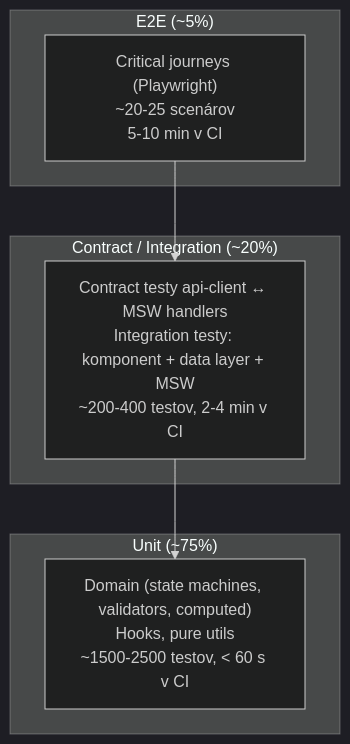
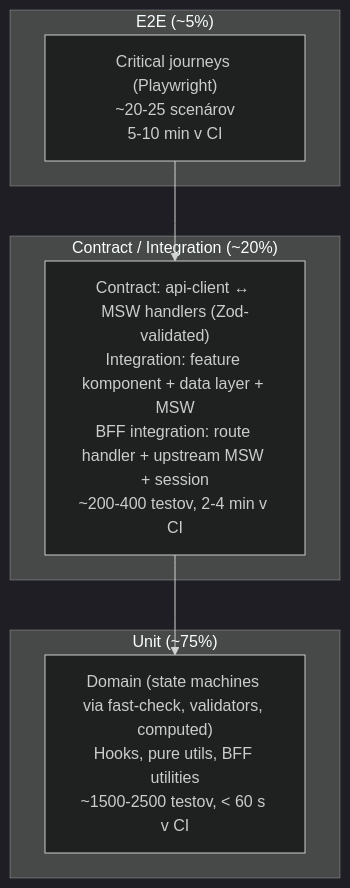
The first of 3 diagrams in docs/agents/qa-test-strategy/test-strategy.md (Spigotek/SDM-Rewrite), drawn with Mermaid (dark theme) before and after one commit. The commit also changed other lines of this file and 7 other files, not shown here.

First line of the commit message:
[20260508-192438][round-2][09] qa-test-strategy (r2): 04 container alignment, security test vectors, 10 MSW modules, BFF coverage 80/70

````diff
--- a/docs/agents/qa-test-strategy/test-strategy.md
+++ b/docs/agents/qa-test-strategy/test-strategy.md
@@ -19,13 +47,13 @@
 ```mermaid
 graph TB
     subgraph "E2E (~5%)"
       E2E["Critical journeys (Playwright)<br/>~20-25 scenárov<br/>5-10 min v CI"]
     end
     subgraph "Contract / Integration (~20%)"
-      CON["Contract testy api-client ↔ MSW handlers<br/>Integration testy: komponent + data layer + MSW<br/>~200-400 testov, 2-4 min v CI"]
+      CON["Contract: api-client ↔ MSW handlers (Zod-validated)<br/>Integration: feature komponent + data layer + MSW<br/>BFF integration: route handler + upstream MSW + session<br/>~200-400 testov, 2-4 min v CI"]
     end
     subgraph "Unit (~75%)"
-      U["Domain (state machines, validators, computed)<br/>Hooks, pure utils<br/>~1500-2500 testov, < 60 s v CI"]
+      U["Domain (state machines via fast-check, validators, computed)<br/>Hooks, pure utils, BFF utilities<br/>~1500-2500 testov, < 60 s v CI"]
     end
     E2E --> CON --> U
 ```
````
